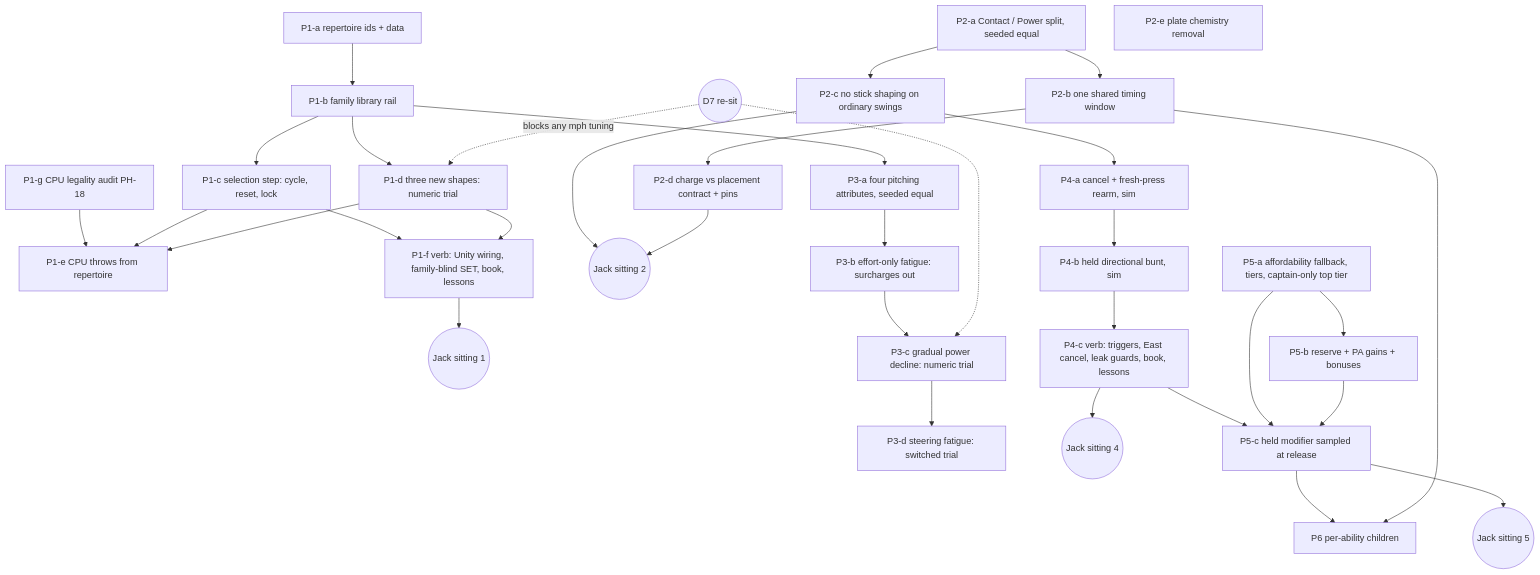
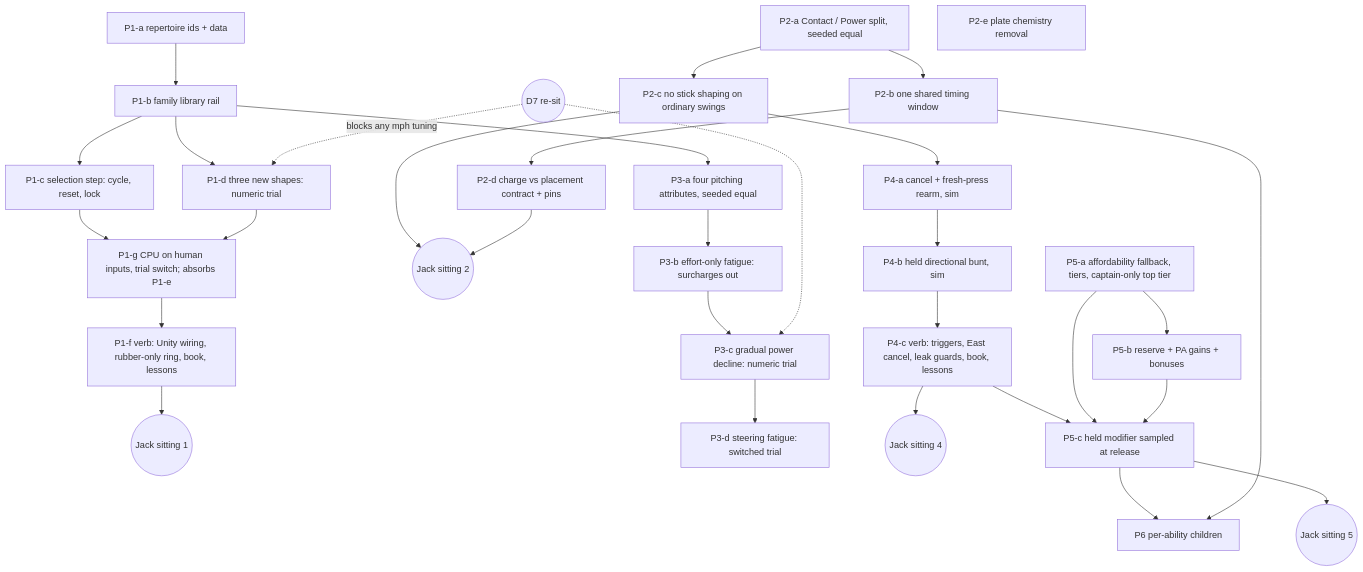
Before and after one commit to jackguillet/grand-sluggers: the diagram in docs/plan-pitching-hitting-implementation.md, drawn with Mermaid. The commit also changed other lines of this file, not shown here.

Commit message:
docs: ledger — P1-d merged (#821); P1-g absorbs P1-e; notes from #821; P2-g named (#803)

````diff
--- a/docs/plan-pitching-hitting-implementation.md
+++ b/docs/plan-pitching-hitting-implementation.md
@@ -42,39 +42,37 @@
 ```mermaid
 graph TD
   P1a[P1-a repertoire ids + data] --> P1b[P1-b family library rail]
   P1b --> P1c[P1-c selection step: cycle, reset, lock]
   P1b --> P1d[P1-d three new shapes: numeric trial]
-  P1g[P1-g CPU legality audit PH-18] --> P1e
-  P1c --> P1e[P1-e CPU throws from repertoire]
-  P1d --> P1e
-  P1c --> P1f[P1-f verb: Unity wiring, family-blind SET, book, lessons]
-  P1d --> P1f
+  P1c --> P1g[P1-g CPU on human inputs, trial switch; absorbs P1-e]
+  P1d --> P1g
+  P1g --> P1f[P1-f verb: Unity wiring, rubber-only ring, book, lessons]
   P1f --> S1((Jack sitting 1))
 
   P2a[P2-a Contact / Power split, seeded equal] --> P2b[P2-b one shared timing window]
   P2a --> P2c[P2-c no stick shaping on ordinary swings]
   P2b --> P2d[P2-d charge vs placement contract + pins]
   P2e[P2-e plate chemistry removal]
   P2c --> S2((Jack sitting 2))
   P2d --> S2
 
   P1b --> P3a[P3-a four pitching attributes, seeded equal]
   P3a --> P3b[P3-b effort-only fatigue: surcharges out]
   P3b --> P3c[P3-c gradual power decline: numeric trial]
   P3c --> P3d[P3-d steering fatigue: switched trial]
   D7((D7 re-sit)) -.blocks any mph tuning.-> P1d
   D7 -.-> P3c
 
   P2c --> P4a[P4-a cancel + fresh-press rearm, sim]
   P4a --> P4b[P4-b held directional bunt, sim]
   P4b --> P4c[P4-c verb: triggers, East cancel, leak guards, book, lessons]
   P4c --> S4((Jack sitting 4))
 
   P5a[P5-a affordability fallback, tiers, captain-only top tier] --> P5b[P5-b reserve + PA gains + bonuses]
   P4c --> P5c[P5-c held modifier sampled at release]
   P5a --> P5c
   P5b --> P5c
   P5c --> S5((Jack sitting 5))
   P5c --> P6[P6 per-ability children]
   P2b --> P6
 ```
````
